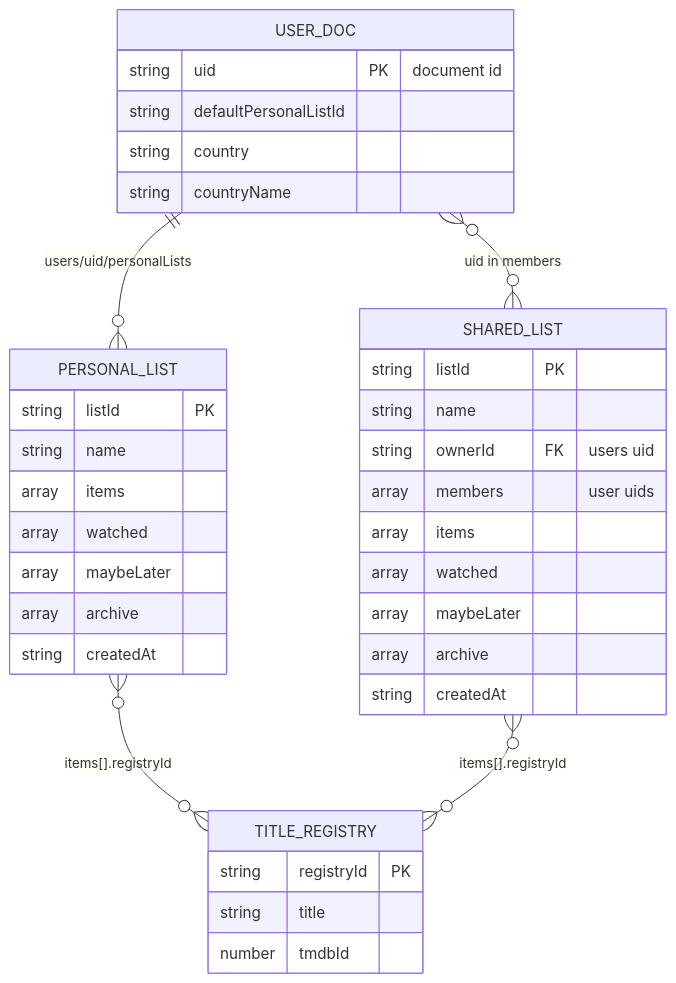
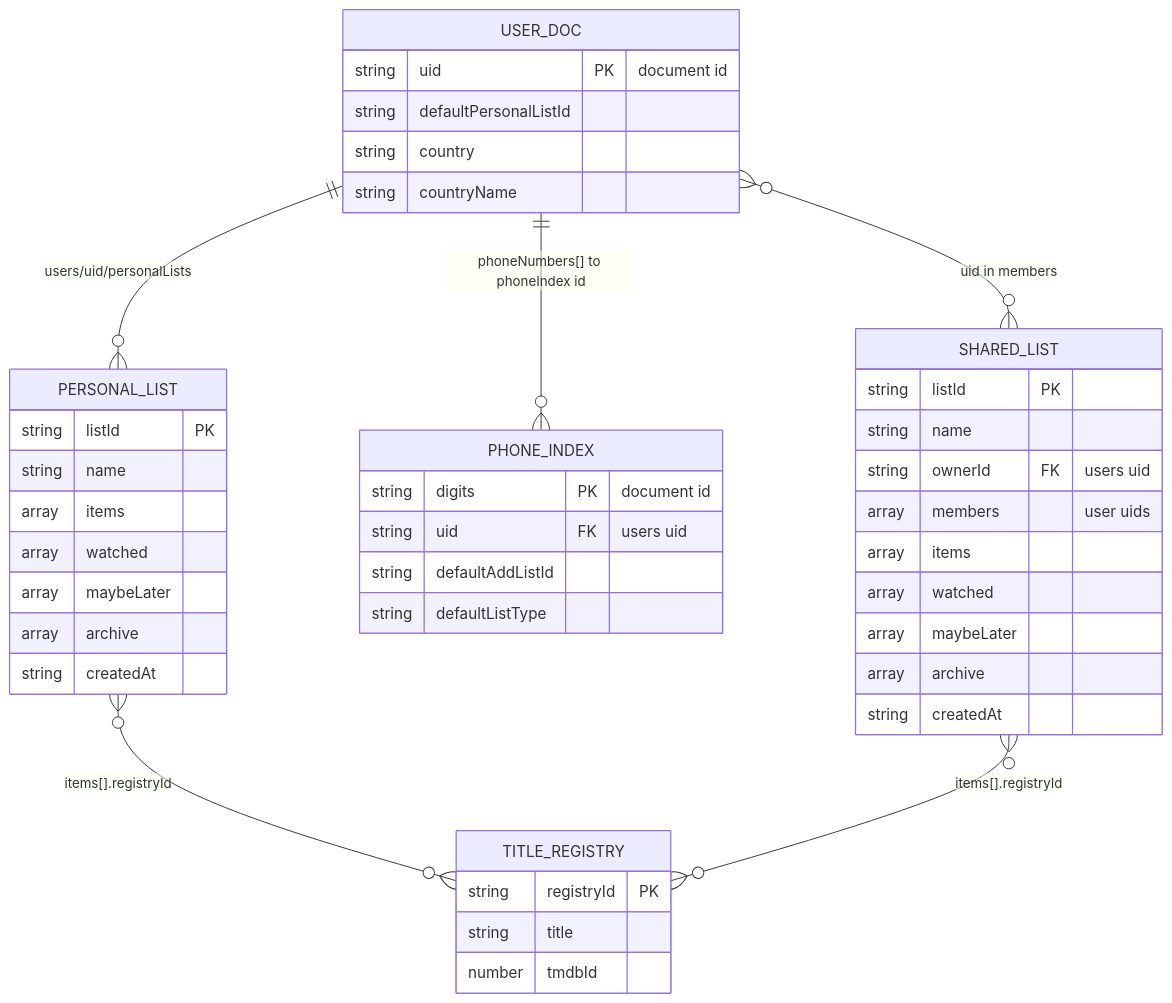
The fourth of 5 diagrams in system-design.md (maulbogat/watchlist-app), drawn with Mermaid before and after one commit. The commit also changed other lines of this file and 5 other files, not shown here.

````diff
--- a/system-design.md
+++ b/system-design.md
@@ -431,38 +477,45 @@
 ```mermaid
 erDiagram
   USER_DOC ||--o{ PERSONAL_LIST : "users/uid/personalLists"
+  USER_DOC ||--o{ PHONE_INDEX : "phoneNumbers[] to phoneIndex id"
   USER_DOC {
     string uid PK "document id"
     string defaultPersonalListId
     string country
     string countryName
+  }
+  PHONE_INDEX {
+    string digits PK "document id"
+    string uid FK "users uid"
+    string defaultAddListId
+    string defaultListType
   }
   PERSONAL_LIST {
     string listId PK
     string name
     array items
     array watched
     array maybeLater
     array archive
     string createdAt
   }
   SHARED_LIST {
     string listId PK
     string name
     string ownerId FK "users uid"
     array members "user uids"
     array items
     array watched
     array maybeLater
     array archive
     string createdAt
   }
   USER_DOC }o--o{ SHARED_LIST : "uid in members"
   TITLE_REGISTRY {
     string registryId PK
     string title
     number tmdbId
   }
   PERSONAL_LIST }o--o{ TITLE_REGISTRY : "items[].registryId"
   SHARED_LIST }o--o{ TITLE_REGISTRY : "items[].registryId"
 ```
````
